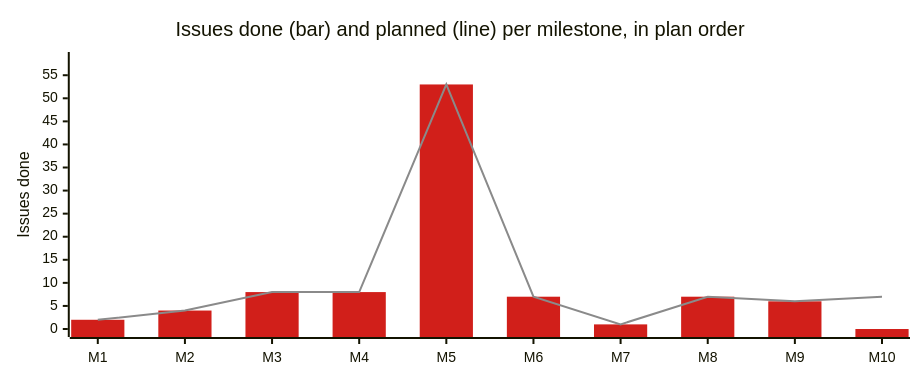
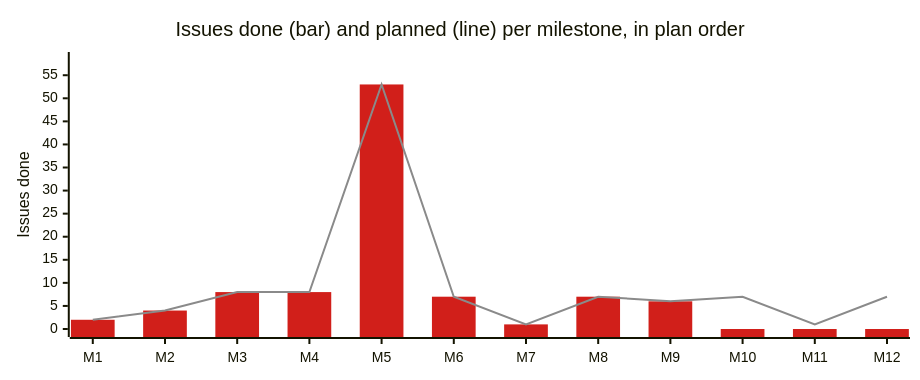
The diagram in .ai/repo/project/README.md (korczis/OpenTTD), drawn with Mermaid before and after one commit. The commit also changed other lines of this file and 15 other files, not shown here.

First line of the commit message:
Doc: [Plan] Milestones M11 (no open dependency alert) and M12 (every battle match explains itself) with I0117-I0124

````diff
--- a/.ai/repo/project/README.md
+++ b/.ai/repo/project/README.md
@@ -62,19 +64,19 @@
 ```mermaid
 ---
 config:
   xyChart:
     width: 900
     height: 360
   themeVariables:
     xyChart:
       plotColorPalette: "#d11f1a, #8a8a8a, #0b0b0b, #ece4d6"
 ---
 xychart-beta
     title "Issues done (bar) and planned (line) per milestone, in plan order"
-    x-axis ["M1", "M2", "M3", "M4", "M5", "M6", "M7", "M8", "M9", "M10"]
+    x-axis ["M1", "M2", "M3", "M4", "M5", "M6", "M7", "M8", "M9", "M10", "M11", "M12"]
     %% series: Issues done | Issues planned
-    %% links: milestones/the-fork-is-a-governed-research-target.yaml | milestones/a-change-is-validated-in-cost-tiers.yaml | milestones/internals-are-observable-with-recorded-provenance.yaml | milestones/prismatic-steers-a-company-through-the-bridge.yaml | milestones/an-agent-reaches-the-game-over-mcp.yaml | milestones/the-fork-is-published-supervised-and-current.yaml | milestones/the-game-wears-the-owners-noir-style.yaml | milestones/planning-is-generated-from-recorded-history.yaml | milestones/rhai-is-a-live-ide.yaml | milestones/records-and-status-tell-the-truth.yaml
+    %% links: milestones/the-fork-is-a-governed-research-target.yaml | milestones/a-change-is-validated-in-cost-tiers.yaml | milestones/internals-are-observable-with-recorded-provenance.yaml | milestones/prismatic-steers-a-company-through-the-bridge.yaml | milestones/an-agent-reaches-the-game-over-mcp.yaml | milestones/the-fork-is-published-supervised-and-current.yaml | milestones/the-game-wears-the-owners-noir-style.yaml | milestones/planning-is-generated-from-recorded-history.yaml | milestones/rhai-is-a-live-ide.yaml | milestones/records-and-status-tell-the-truth.yaml | milestones/the-toolchain-carries-no-known-vulnerability.yaml | milestones/every-battle-match-explains-itself.yaml
     y-axis "Issues done" 0 --> 58.3
-    bar [2, 4, 8, 8, 53, 7, 1, 7, 6, 0]
-    line [2, 4, 8, 8, 53, 7, 1, 7, 6, 7]
+    bar [2, 4, 8, 8, 53, 7, 1, 7, 6, 0, 0, 0]
+    line [2, 4, 8, 8, 53, 7, 1, 7, 6, 7, 1, 7]
 ```
````
